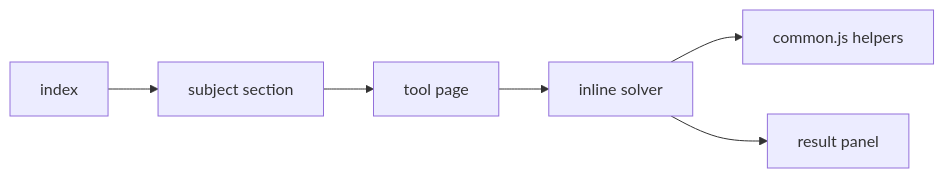
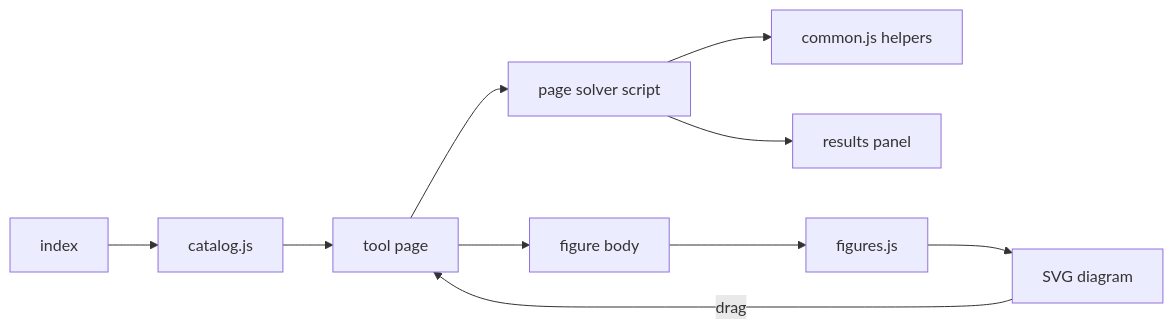
The diagram in README.md (totallynotbrent/eng-tools), drawn with Mermaid before and after one commit. The commit also changed other lines of this file and 132 other files, not shown here.

````diff
--- a/README.md
+++ b/README.md
@@ -18,8 +21,12 @@
 ```mermaid
 flowchart LR
-  A[index] --> B[subject section]
+  A[index] --> B[catalog.js]
   B --> C[tool page]
-  C --> D[inline solver]
+  C --> D[page solver script]
   D --> E[common.js helpers]
-  D --> F[result panel]
+  D --> F[results panel]
+  C --> G[figure body]
+  G --> H[figures.js]
+  H --> I[SVG diagram]
+  I -->|drag| C
 ```
````
